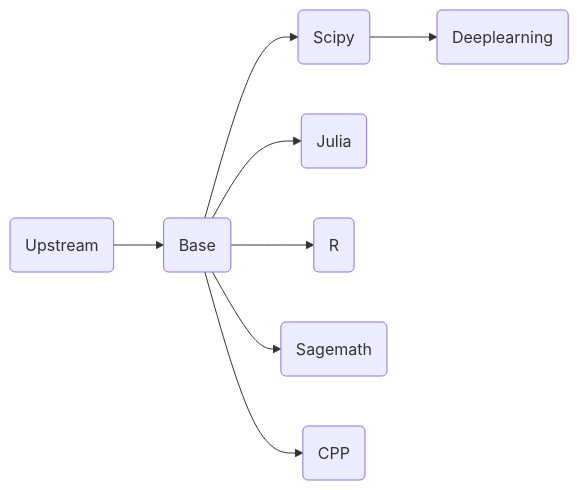
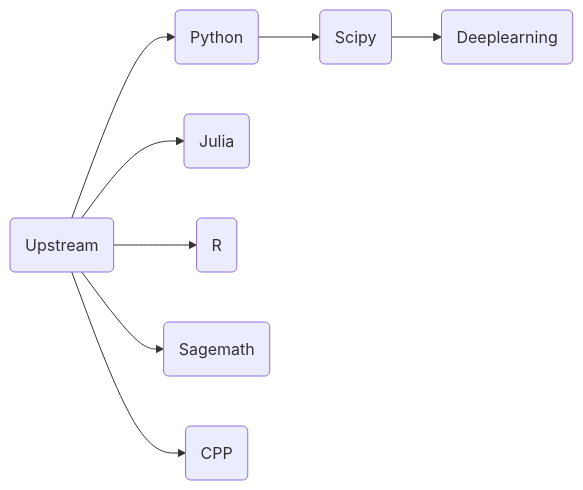
Before and after one commit to ben0i0d/jupyter-image-stacks: the diagram in README.md, drawn with Mermaid. The commit also changed 11 other files, not shown here.

Commit message:
更新 upstream/cpu/Dockerfile, upstream/gpu/Dockerfile, python/cpu/Dockerfile, python/gpu/Dockerfile, cpp/Dockerfile, julia/Dockerfile, r/Dockerfile, sagemath/Dockerfile, README.md, .gitlab-ci.yml, scipy/cpu/Dockerfile, scipy/gpu/Dockerfile

````diff
--- a/README.md
+++ b/README.md
@@ -14,9 +14,9 @@
 ```mermaid
 graph LR
-A(Upstream)-->B(Base)
+A(Upstream)-->B(Python)
+A-->E(Julia)
+A-->F(R)
+A-->G(Sagemath)
+A-->H(CPP)
 B-->C(Scipy)-->D(Deeplearning)	
-B-->E(Julia)
-B-->F(R)
-B-->G(Sagemath)
-B-->H(CPP)
 ```  
````
